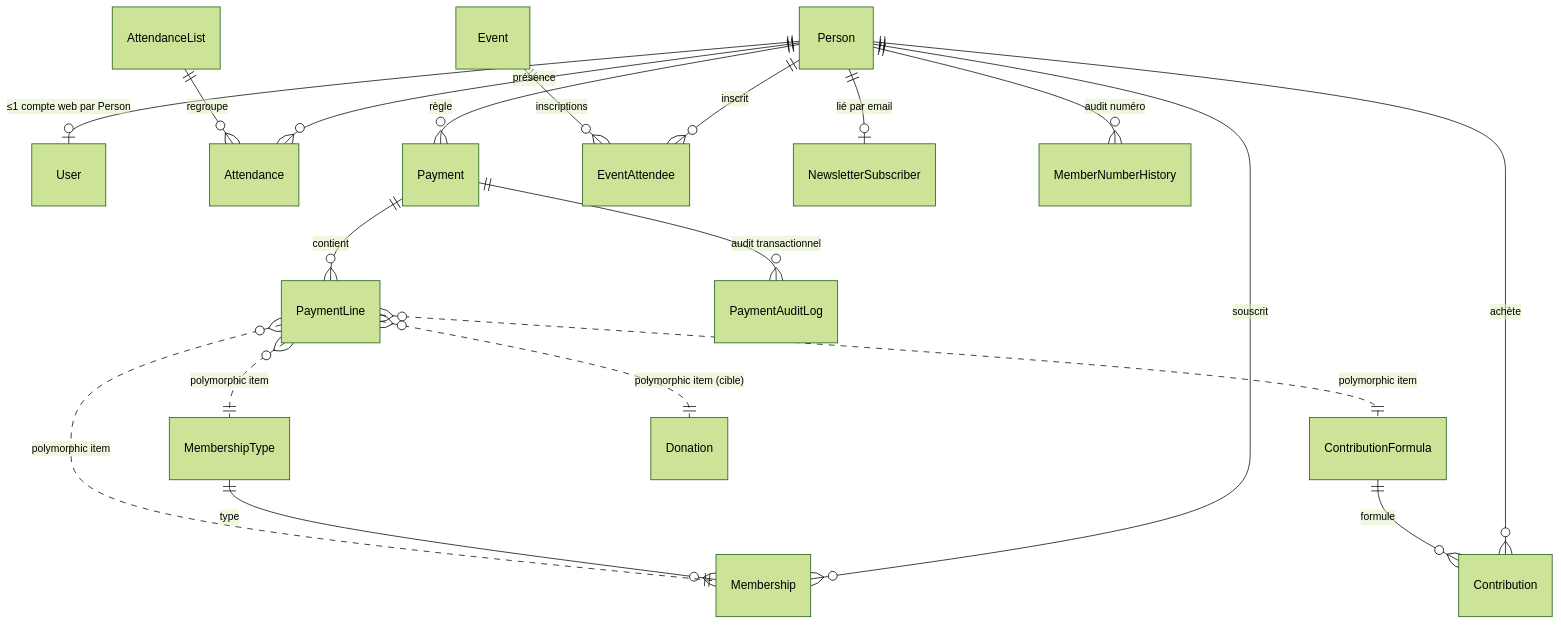
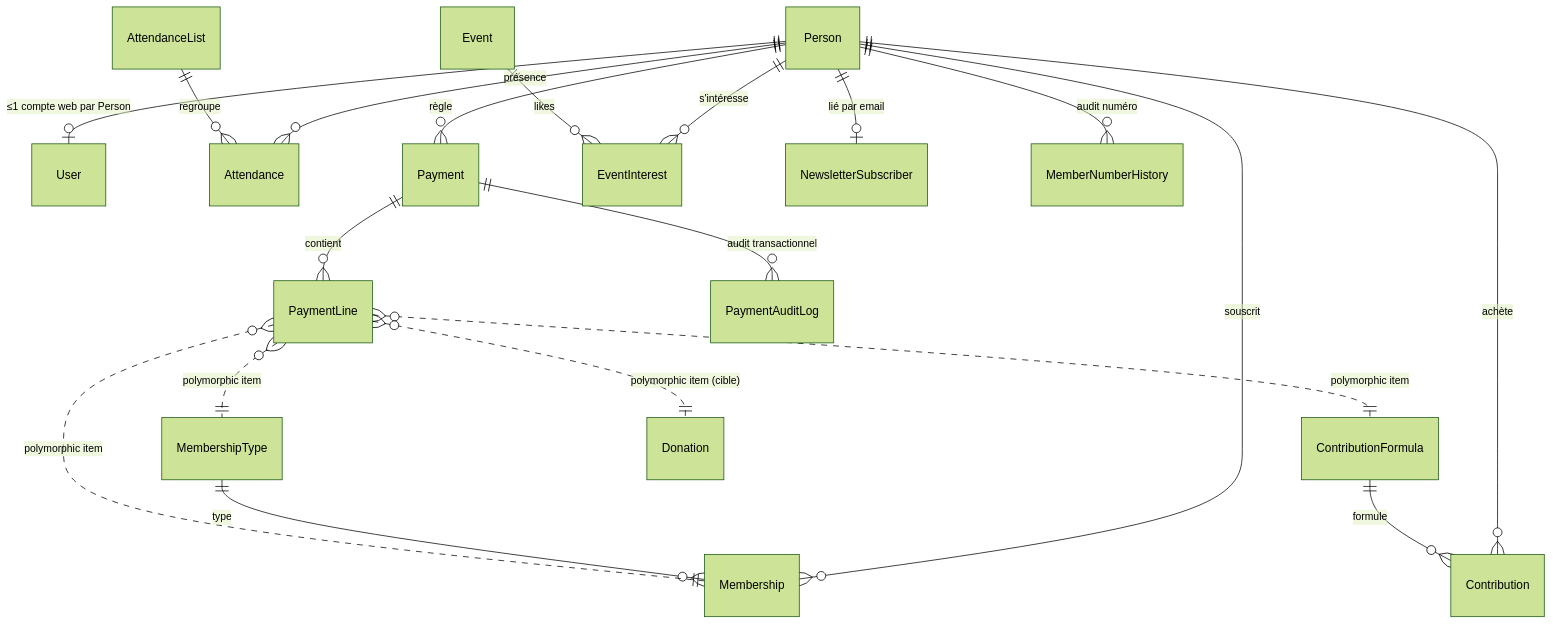
The first of 5 diagrams in docs/domain_model.md (LeCircographe-asso/core), drawn with Mermaid (forest theme) before and after one commit. The commit also changed other lines of this file and 25 other files, not shown here.

First line of the commit message:
Move event likes out of attendances into event_interests

````diff
--- a/docs/domain_model.md
+++ b/docs/domain_model.md
@@ -15,24 +15,24 @@
 ```mermaid
 erDiagram
   Person ||--o| User : "≤1 compte web par Person"
   Person ||--o{ Membership : "souscrit"
   Person ||--o{ Contribution : "achète"
   Person ||--o{ Attendance : "présence"
   Person ||--o{ Payment : "règle"
-  Person ||--o{ EventAttendee : "inscrit"
+  Person ||--o{ EventInterest : "s'intéresse"
   Person ||--o| NewsletterSubscriber : "lié par email"
 
   MembershipType ||--o{ Membership : "type"
   ContributionFormula ||--o{ Contribution : "formule"
-  Event ||--o{ EventAttendee : "inscriptions"
+  Event ||--o{ EventInterest : "likes"
   AttendanceList ||--o{ Attendance : "regroupe"
 
   Payment ||--o{ PaymentLine : "contient"
   PaymentLine }o..|| Membership : "polymorphic item"
   PaymentLine }o..|| ContributionFormula : "polymorphic item"
   PaymentLine }o..|| MembershipType : "polymorphic item"
   PaymentLine }o..|| Donation : "polymorphic item (cible)"
 
   Person ||--o{ MemberNumberHistory : "audit numéro"
   Payment ||--o{ PaymentAuditLog : "audit transactionnel"
 ```
````
